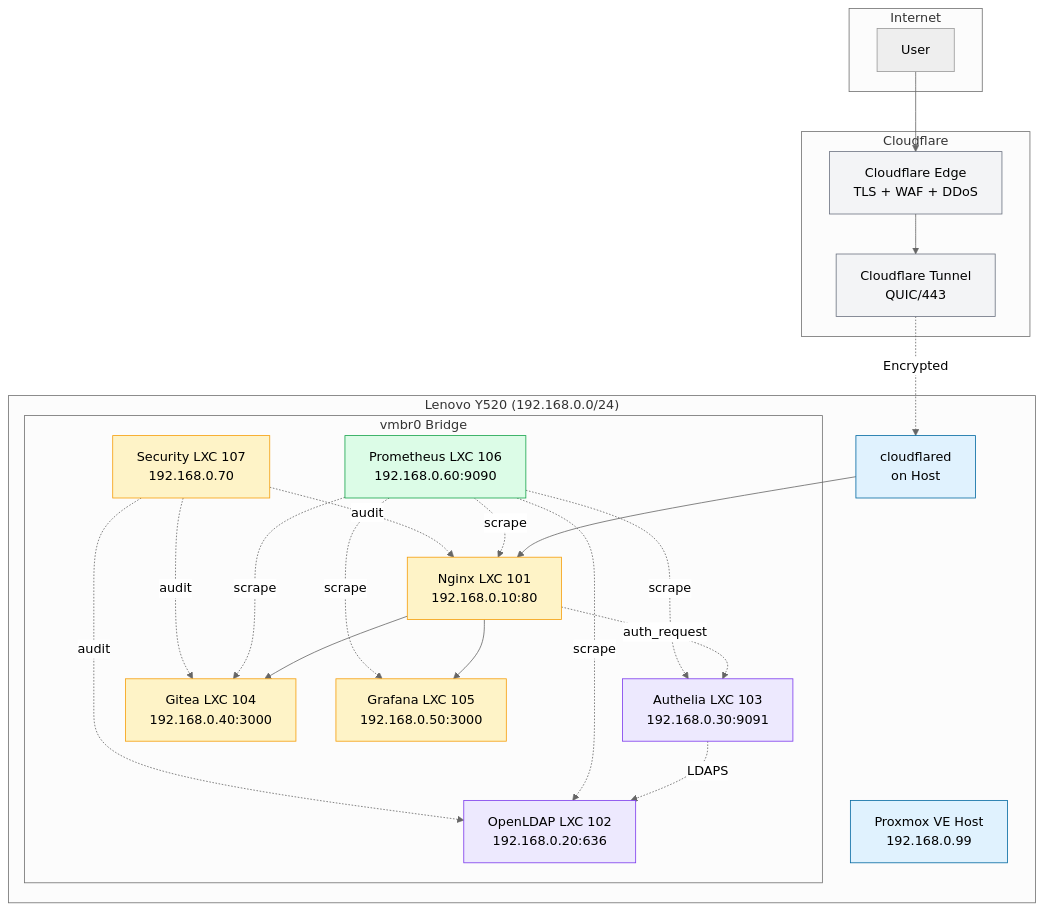
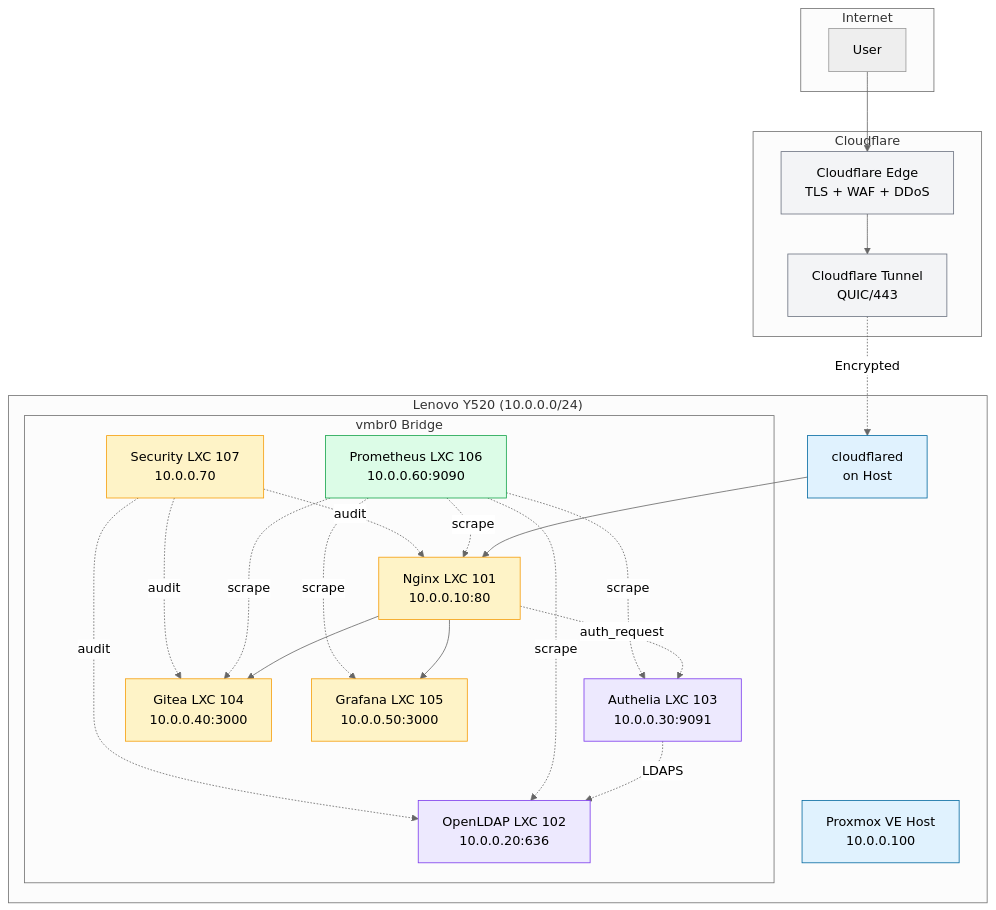
Before and after one commit to dmaljkovic/proxmox-homelab: the diagram in diagrams/architecture.mmd, drawn with Mermaid (neutral theme). The commit also changed 10 other files, not shown here.

```diff
--- a/diagrams/architecture.mmd
+++ b/diagrams/architecture.mmd
@@ -1,53 +1,53 @@
 graph TB
     subgraph Internet
         User[User]
     end
     
     subgraph "Cloudflare"
         Edge[Cloudflare Edge<br/>TLS + WAF + DDoS]
         Tunnel[Cloudflare Tunnel<br/>QUIC/443]
     end
     
-    subgraph "Lenovo Y520 (192.168.0.0/24)"
-        Host[Proxmox VE Host<br/>192.168.0.99]
+    subgraph "Lenovo Y520 (10.0.0.0/24)"
+        Host[Proxmox VE Host<br/>10.0.0.100]
         CF[cloudflared<br/>on Host]
         
         subgraph "vmbr0 Bridge"
-            Nginx[Nginx LXC 101<br/>192.168.0.10:80]
-            LDAP[OpenLDAP LXC 102<br/>192.168.0.20:636]
-            Authelia[Authelia LXC 103<br/>192.168.0.30:9091]
-            Gitea[Gitea LXC 104<br/>192.168.0.40:3000]
-            Grafana[Grafana LXC 105<br/>192.168.0.50:3000]
-            Prom[Prometheus LXC 106<br/>192.168.0.60:9090]
-            Sec[Security LXC 107<br/>192.168.0.70]
+            Nginx[Nginx LXC 101<br/>10.0.0.10:80]
+            LDAP[OpenLDAP LXC 102<br/>10.0.0.20:636]
+            Authelia[Authelia LXC 103<br/>10.0.0.30:9091]
+            Gitea[Gitea LXC 104<br/>10.0.0.40:3000]
+            Grafana[Grafana LXC 105<br/>10.0.0.50:3000]
+            Prom[Prometheus LXC 106<br/>10.0.0.60:9090]
+            Sec[Security LXC 107<br/>10.0.0.70]
         end
     end
     
     User --> Edge
     Edge --> Tunnel
     Tunnel -.->|Encrypted| CF
     CF --> Nginx
     Nginx -.->|auth_request| Authelia
     Authelia -.->|LDAPS| LDAP
     Nginx --> Gitea
     Nginx --> Grafana
     Prom -.->|scrape| Nginx
     Prom -.->|scrape| Gitea
     Prom -.->|scrape| Grafana
     Prom -.->|scrape| Authelia
     Prom -.->|scrape| LDAP
     Sec -.->|audit| Nginx
     Sec -.->|audit| LDAP
     Sec -.->|audit| Gitea
     
     classDef cloud fill:#f3f4f6,stroke:#6b7280
     classDef host fill:#e0f2fe,stroke:#0369a1
     classDef lxc fill:#fef3c7,stroke:#f59e0b
     classDef identity fill:#ede9fe,stroke:#7c3aed
     classDef monitoring fill:#dcfce7,stroke:#16a34a
     
     class Edge,Tunnel cloud
     class Host,CF host
     class Nginx,Gitea,Grafana,Sec lxc
     class LDAP,Authelia identity
     class Prom monitoring
```
